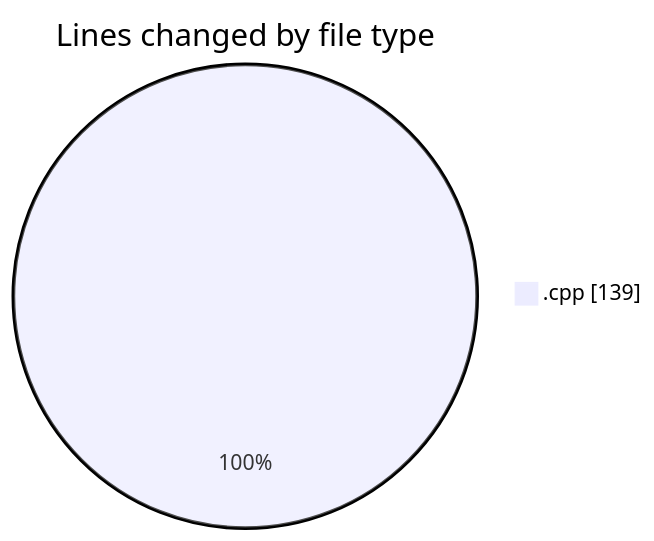
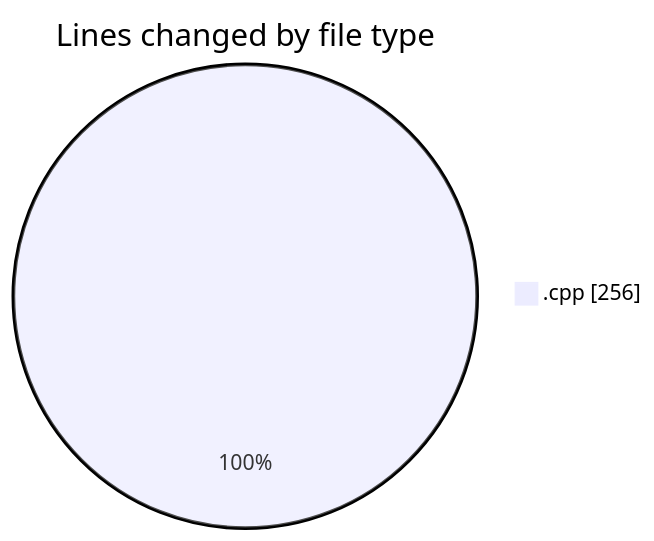
The first of 2 diagrams in 2025-04-24/echo/README.md (Netris89/code-tracking), drawn with Mermaid before and after one commit. The commit also changed other lines of this file and 1 other file, not shown here.

````diff
--- a/2025-04-24/echo/README.md
+++ b/2025-04-24/echo/README.md
@@ -20,5 +20,5 @@
 ```mermaid
 pie showData
 title Lines changed by file type
-".cpp" : 139
+".cpp" : 256
 ```
````
